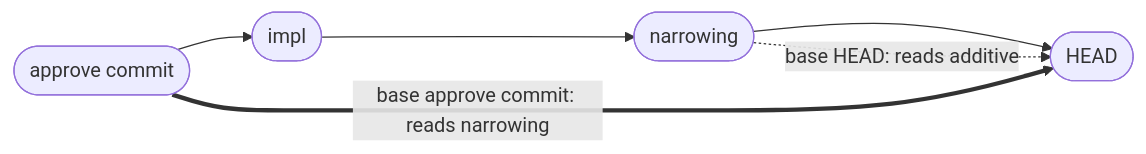
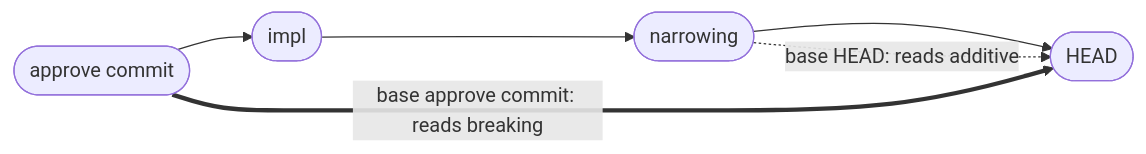
The eighth of 10 diagrams in packages/cyber-sdd/.agents/spec/governances/criteria-governance.md (cyberuni/cyber-sdd), drawn with Mermaid before and after one commit. The commit also changed other lines of this file, not shown here.

First line of the commit message:
docs(sdd2): classify criteria edits as additive or breaking (C9, C10)

````diff
--- a/packages/cyber-sdd/.agents/spec/governances/criteria-governance.md
+++ b/packages/cyber-sdd/.agents/spec/governances/criteria-governance.md
@@ -434,6 +445,6 @@
 ```mermaid
 flowchart LR
   ap(["approve commit"]) --> im(["impl"]) --> na(["narrowing"]) --> hd(["HEAD"])
   na -. "base HEAD: reads additive" .-> hd
-  ap == "base approve commit: reads narrowing" ==> hd
+  ap == "base approve commit: reads breaking" ==> hd
 ```
````
